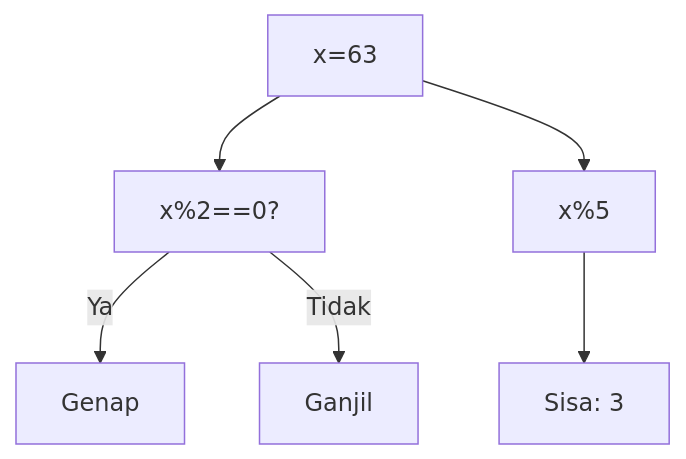
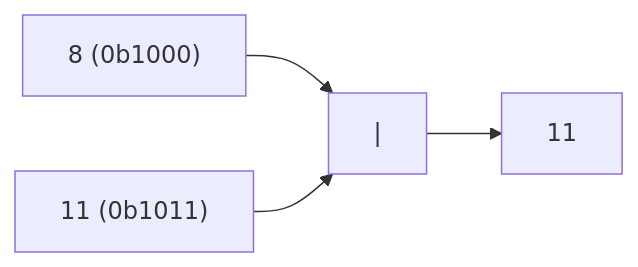
Diagram 19 of 25 in part-c-pemahaman-cpp/06-bitwise/latihan/set-05.md (amnahwaida/OSNK_INF_PREP), drawn with Mermaid before and after one commit. The commit also changed other lines of this file and 71 other files, not shown here.

````diff
--- a/part-c-pemahaman-cpp/06-bitwise/latihan/set-05.md
+++ b/part-c-pemahaman-cpp/06-bitwise/latihan/set-05.md
@@ -588,8 +501,6 @@
 ```mermaid
-graph TD
-A["x=63"] --> B["x%2==0?"]
-B -- Ya --> C["Genap"]
-B -- Tidak --> D["Ganjil"]
-A --> E["x%5"]
-E --> F["Sisa: 3"]
+graph LR
+A["8 (0b1000)"] --> C["|"]
+B["11 (0b1011)"] --> C
+C --> D["11"]
 ```
````
